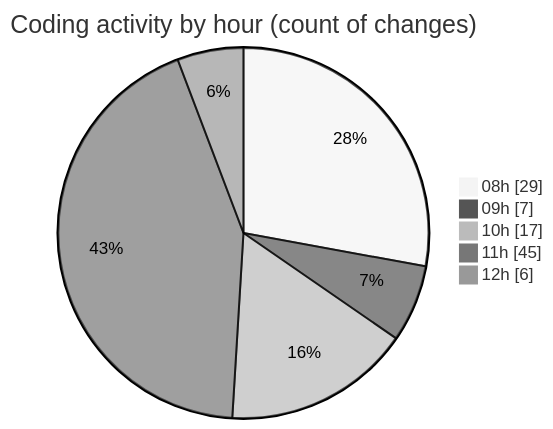
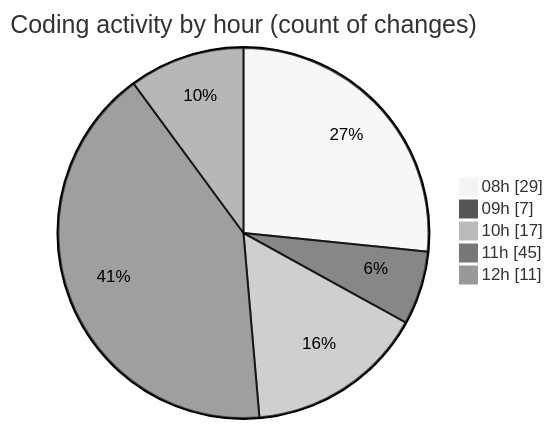
The second of 2 diagrams in 2025-04-09/cda/README.md (momahboobian/code-tracking), drawn with Mermaid (neutral theme) before and after one commit. The commit also changed other lines of this file and 1 other file, not shown here.

````diff
--- a/2025-04-09/cda/README.md
+++ b/2025-04-09/cda/README.md
@@ -54,9 +54,9 @@
 ```mermaid
 pie showData
 title Coding activity by hour (count of changes)
 "08h" : 29
 "09h" : 7
 "10h" : 17
 "11h" : 45
-"12h" : 6
+"12h" : 11
 ```
````
